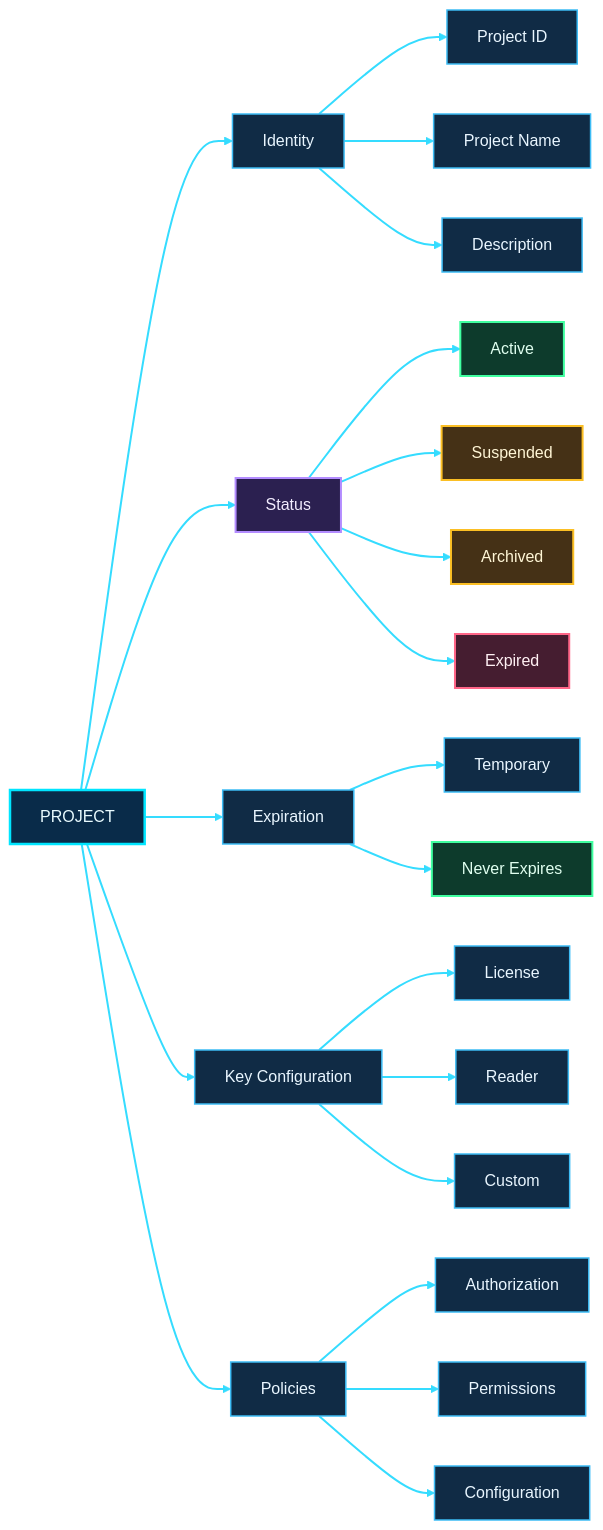
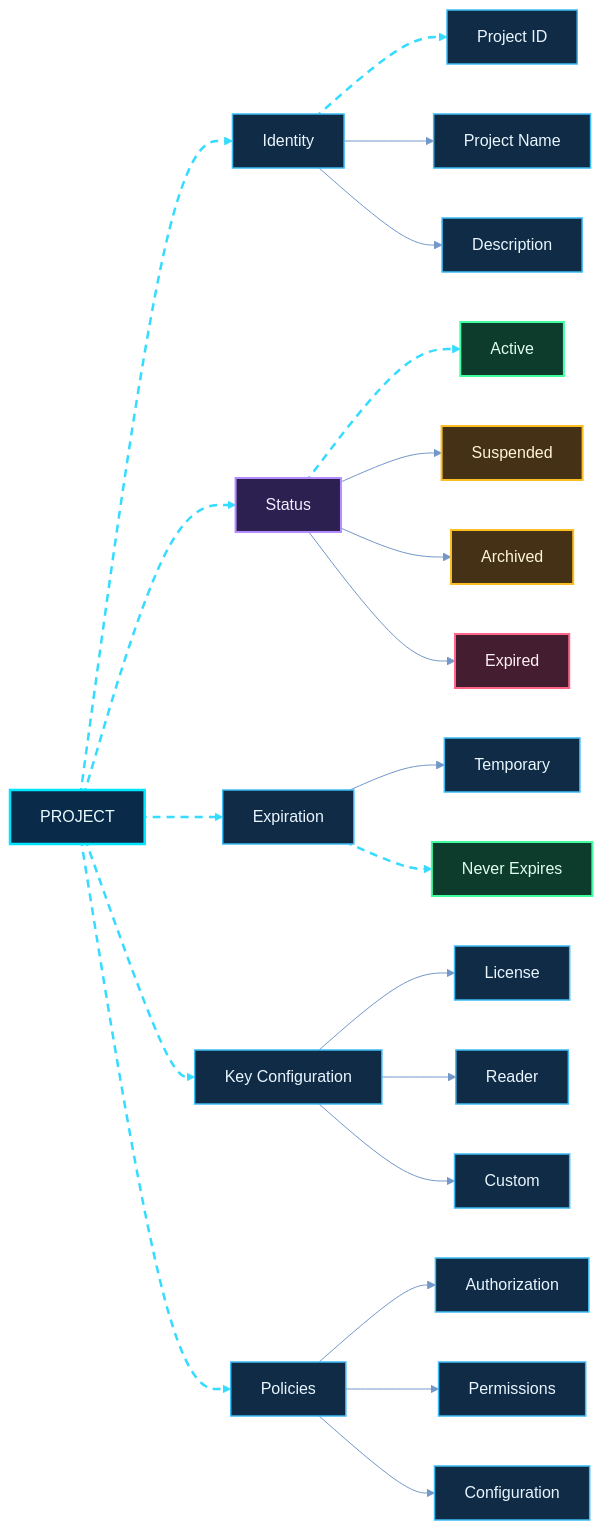
The sixth of 23 diagrams in README.md (shajeduzzamanenan992008inc/NexOra-Database-key-Gen), drawn with Mermaid before and after one commit. The commit also changed other lines of this file, not shown here.

````diff
--- a/README.md
+++ b/README.md
@@ -679,47 +694,50 @@
 ```mermaid
+%%{init: {"theme":"base","themeVariables":{"darkMode":true,"background":"#07111f","primaryColor":"#102744","primaryTextColor":"#e8f7ff","primaryBorderColor":"#00d9ff","lineColor":"#7297c8","secondaryColor":"#261d45","secondaryTextColor":"#f3eaff","secondaryBorderColor":"#a78bfa","tertiaryColor":"#12332b","tertiaryTextColor":"#e0fff1","tertiaryBorderColor":"#41e6a2","fontFamily":"Inter, Segoe UI, sans-serif","edgeLabelBackground":"#101d34","mainBkg":"#102744","nodeBorder":"#00d9ff","clusterBkg":"#0b1930","clusterBorder":"#6f7dff","actorBkg":"#102744","actorBorder":"#00d9ff","actorTextColor":"#e8f7ff","signalColor":"#64d8ff","signalTextColor":"#e8f7ff","noteBkgColor":"#0e332b","noteBorderColor":"#41e6a2","noteTextColor":"#e0fff1"}}}%%
 flowchart LR
-    PJ["PROJECT"] --> ID["Identity"]
-    PJ --> ST["Status"]
-    PJ --> EX["Expiration"]
-    PJ --> KC["Key Configuration"]
-    PJ --> PO["Policies"]
+    PJ["PROJECT"] nx06e01@--> ID["Identity"]
+    PJ nx06e02@--> ST["Status"]
+    PJ nx06e03@--> EX["Expiration"]
+    PJ nx06e04@--> KC["Key Configuration"]
+    PJ nx06e05@--> PO["Policies"]
 
-    ID --> ID1["Project ID"]
+    ID nx06e06@--> ID1["Project ID"]
     ID --> ID2["Project Name"]
     ID --> ID3["Description"]
 
-    ST --> ST1["Active"]
+    ST nx06e07@--> ST1["Active"]
     ST --> ST2["Suspended"]
     ST --> ST3["Archived"]
     ST --> ST4["Expired"]
 
     EX --> EX1["Temporary"]
-    EX --> EX2["Never Expires"]
+    EX nx06e08@--> EX2["Never Expires"]
 
     KC --> KC1["License"]
     KC --> KC2["Reader"]
     KC --> KC3["Custom"]
 
     PO --> PO1["Authorization"]
     PO --> PO2["Permissions"]
     PO --> PO3["Configuration"]
 
     %% OMEGA NEX-ORA visual classes
     %% OMEGA NEX-ORA / ULTRA NEON PALETTE
     classDef nxCore fill:#092b49,stroke:#00e5ff,stroke-width:2.5px,color:#e9fbff;
     classDef nxProcess fill:#102b45,stroke:#3dbcf5,stroke-width:1.5px,color:#e9f6ff;
     classDef nxDecision fill:#2b2050,stroke:#b38cff,stroke-width:2px,color:#f3edff;
     classDef nxSuccess fill:#0d3b2c,stroke:#3fffa0,stroke-width:2px,color:#e0fff0;
     classDef nxDanger fill:#451d30,stroke:#ff6688,stroke-width:2px,color:#fff0f3;
     classDef nxData fill:#12352d,stroke:#63e6be,stroke-width:2px,color:#e1fff5;
     classDef nxExternal fill:#2b2149,stroke:#c4a5ff,stroke-width:2px,color:#f3ecff;
     classDef nxInfo fill:#17253e,stroke:#91a7c9,stroke-width:1.5px,color:#e5efff;
     classDef nxWarning fill:#453116,stroke:#fbbf24,stroke-width:2px,color:#fff6d6;
+    %% Moving dashed route: Mermaid applies this class to explicitly identified edges.
+    classDef nxAnimated stroke:#35dcff,stroke-width:2.5px,stroke-dasharray:8\,6,stroke-dashoffset:1000,animation:dash 24s linear infinite;
     class PJ nxCore;
     class ID,EX,KC,PO,ID1,ID2,ID3,EX1,KC1,KC2,KC3,PO1,PO2,PO3 nxProcess;
     class ST nxDecision;
     class ST1,EX2 nxSuccess;
     class ST2,ST3 nxWarning;
     class ST4 nxDanger;
-    linkStyle default stroke:#35dcff,stroke-width:2px;
+    class nx06e01,nx06e02,nx06e03,nx06e04,nx06e05,nx06e06,nx06e07,nx06e08 nxAnimated;
 ```
````
